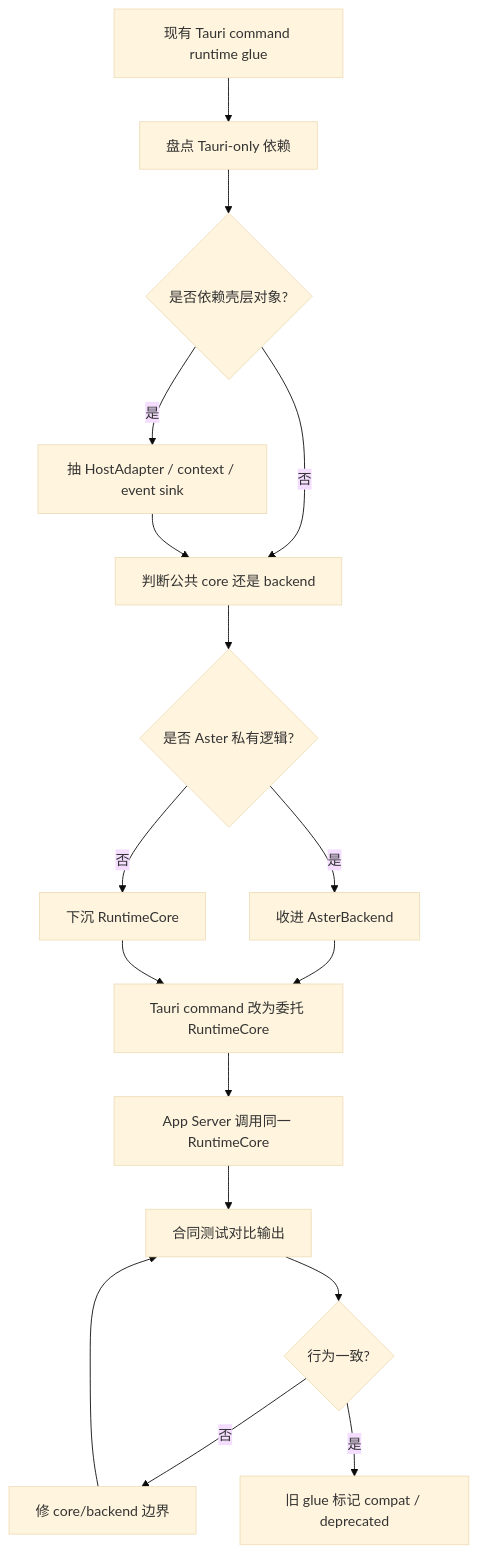
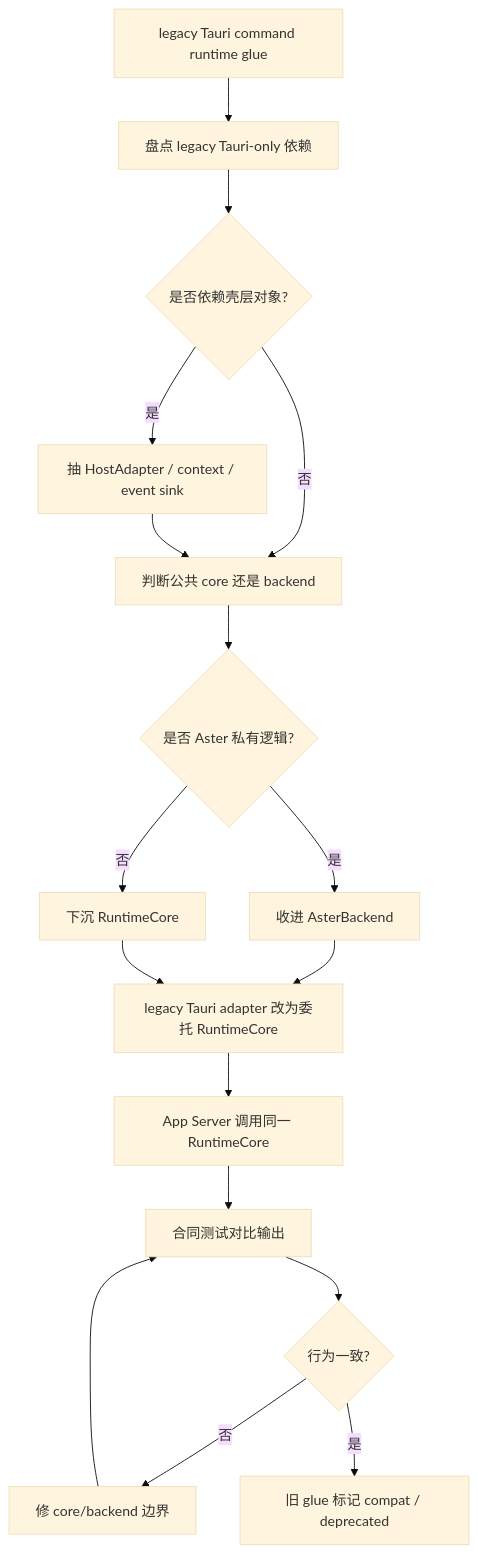
Before and after one commit to jiujuan/lime: the third of 9 diagrams in internal/roadmap/appserver/flowcharts.md, drawn with Mermaid (base theme). The commit also changed other lines of this file and 2377 other files, not shown here.

````diff
--- a/internal/roadmap/appserver/flowcharts.md
+++ b/internal/roadmap/appserver/flowcharts.md
@@ -45,19 +45,19 @@
 ```mermaid
 flowchart TD
-    A["现有 Tauri command runtime glue"] --> B["盘点 Tauri-only 依赖"]
+    A["legacy Tauri command runtime glue"] --> B["盘点 legacy Tauri-only 依赖"]
     B --> C{"是否依赖壳层对象?"}
     C -- 是 --> D["抽 HostAdapter / context / event sink"]
     C -- 否 --> E["判断公共 core 还是 backend"]
     D --> E
     E --> F{"是否 Aster 私有逻辑?"}
     F -- 是 --> G["收进 AsterBackend"]
     F -- 否 --> H["下沉 RuntimeCore"]
-    G --> I["Tauri command 改为委托 RuntimeCore"]
+    G --> I["legacy Tauri adapter 改为委托 RuntimeCore"]
     H --> I
     I --> J["App Server 调用同一 RuntimeCore"]
     J --> K["合同测试对比输出"]
     K --> L{"行为一致?"}
     L -- 否 --> M["修 core/backend 边界"]
     M --> K
     L -- 是 --> N["旧 glue 标记 compat / deprecated"]
 ```
````
